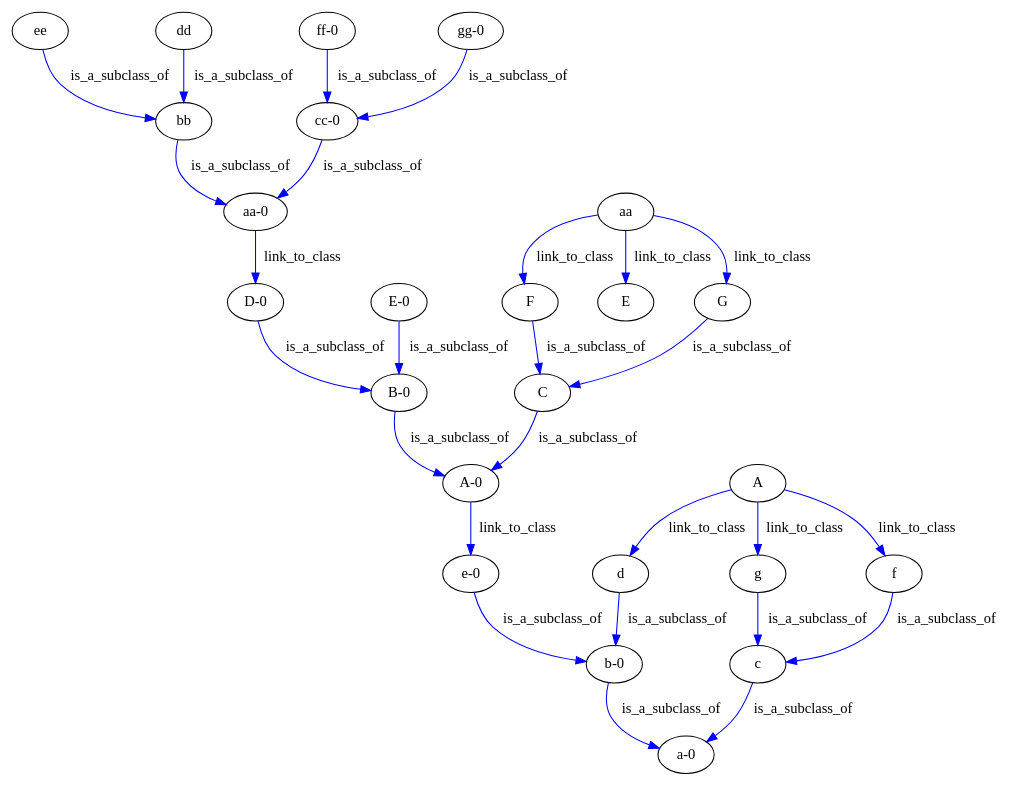
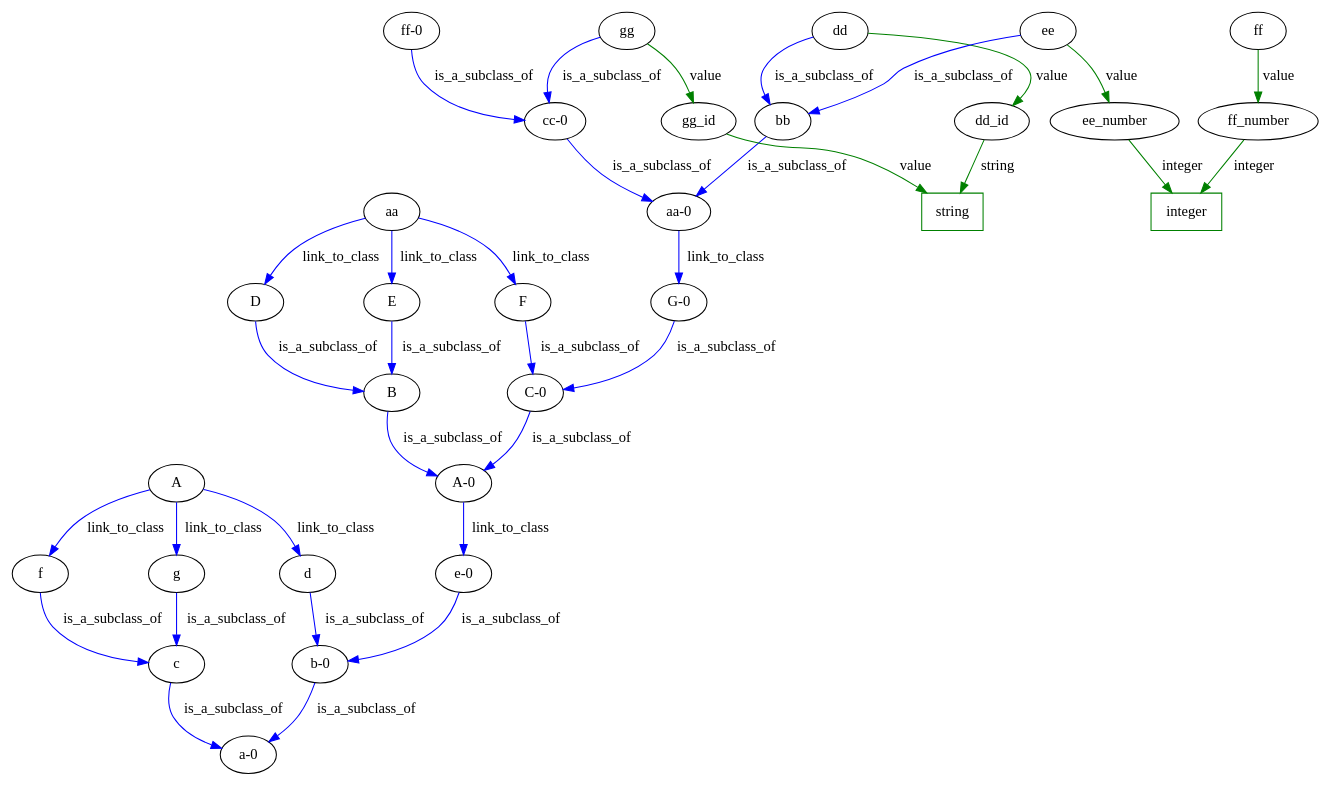
One commit to heinz-preisig/PeriConto changed the diagram in ontologyRepository/Digraph.gv. Above: the diagram before and after it, drawn with Graphviz. The commit also changed 11 other files, not shown here.

```diff
--- a/ontologyRepository/Digraph.gv
+++ b/ontologyRepository/Digraph.gv
@@ -1,80 +1,104 @@
 digraph {
+	d
+	"b-0"
+	d -> "b-0" [label=is_a_subclass_of color=blue]
+	B
+	"A-0"
+	B -> "A-0" [label=is_a_subclass_of color=blue]
+	"aa-0"
+	"G-0"
+	"aa-0" -> "G-0" [label=link_to_class color=blue]
+	aa
+	D
+	aa -> D [label=link_to_class color=blue]
+	"C-0"
+	"A-0"
+	"C-0" -> "A-0" [label=is_a_subclass_of color=blue]
+	bb
+	"aa-0"
+	bb -> "aa-0" [label=is_a_subclass_of color=blue]
+	"A-0"
+	"e-0"
+	"A-0" -> "e-0" [label=link_to_class color=blue]
+	dd
+	dd_id
+	dd -> dd_id [label=value color=green]
+	f
+	c
+	f -> c [label=is_a_subclass_of color=blue]
+	"b-0"
+	"a-0"
+	"b-0" -> "a-0" [label=is_a_subclass_of color=blue]
+	integer [color=green shape=rectangle]
+	integer
+	ee_number -> integer [label=integer color=green]
+	integer [color=green shape=rectangle]
+	integer
+	ff_number -> integer [label=integer color=green]
+	aa
+	E
+	aa -> E [label=link_to_class color=blue]
+	A
+	d
+	A -> d [label=link_to_class color=blue]
+	g
+	c
+	g -> c [label=is_a_subclass_of color=blue]
+	"ff-0"
+	"cc-0"
+	"ff-0" -> "cc-0" [label=is_a_subclass_of color=blue]
+	string [color=green shape=rectangle]
+	string
+	gg_id -> string [label=value color=green]
+	A
+	g
+	A -> g [label=link_to_class color=blue]
+	"e-0"
+	"b-0"
+	"e-0" -> "b-0" [label=is_a_subclass_of color=blue]
+	F
+	"C-0"
+	F -> "C-0" [label=is_a_subclass_of color=blue]
+	ff
+	ff_number
+	ff -> ff_number [label=value color=green]
+	D
+	B
+	D -> B [label=is_a_subclass_of color=blue]
+	string [color=green shape=rectangle]
+	string
+	dd_id -> string [label=string color=green]
+	"G-0"
+	"C-0"
+	"G-0" -> "C-0" [label=is_a_subclass_of color=blue]
+	c
+	"a-0"
+	c -> "a-0" [label=is_a_subclass_of color=blue]
+	gg
+	gg_id
+	gg -> gg_id [label=value color=green]
+	E
+	B
+	E -> B [label=is_a_subclass_of color=blue]
+	dd
+	bb
+	dd -> bb [label=is_a_subclass_of color=blue]
+	A
+	f
+	A -> f [label=link_to_class color=blue]
 	ee
 	bb
 	ee -> bb [label=is_a_subclass_of color=blue]
-	c
-	"a-0"
-	c -> "a-0" [label=is_a_subclass_of color=blue]
-	"ff-0"
+	gg
 	"cc-0"
-	"ff-0" -> "cc-0" [label=is_a_subclass_of color=blue]
-	aa
-	E
-	aa -> E [label=link_to_class color=blue]
-	F
-	C
-	F -> C [label=is_a_subclass_of color=blue]
-	d
-	"b-0"
-	d -> "b-0" [label=is_a_subclass_of color=blue]
+	gg -> "cc-0" [label=is_a_subclass_of color=blue]
+	"cc-0"
+	"aa-0"
+	"cc-0" -> "aa-0" [label=is_a_subclass_of color=blue]
+	ee
+	ee_number
+	ee -> ee_number [label=value color=green]
 	aa
 	F
 	aa -> F [label=link_to_class color=blue]
-	"e-0"
-	"b-0"
-	"e-0" -> "b-0" [label=is_a_subclass_of color=blue]
-	dd
-	bb
-	dd -> bb [label=is_a_subclass_of color=blue]
-	"gg-0"
-	"cc-0"
-	"gg-0" -> "cc-0" [label=is_a_subclass_of color=blue]
-	A
-	g
-	A -> g [label=link_to_class color=blue]
-	"E-0"
-	"B-0"
-	"E-0" -> "B-0" [label=is_a_subclass_of color=blue]
-	A
-	f
-	A -> f [label=link_to_class color=blue]
-	"B-0"
-	"A-0"
-	"B-0" -> "A-0" [label=is_a_subclass_of color=blue]
-	G
-	C
-	G -> C [label=is_a_subclass_of color=blue]
-	"D-0"
-	"B-0"
-	"D-0" -> "B-0" [label=is_a_subclass_of color=blue]
-	A
-	d
-	A -> d [label=link_to_class color=blue]
-	"b-0"
-	"a-0"
-	"b-0" -> "a-0" [label=is_a_subclass_of color=blue]
-	aa
-	G
-	aa -> G [label=link_to_class color=blue]
-	"aa-0"
-	"D-0"
-	"aa-0" -> "D-0" [label=link_to_class color=blue]
-	f
-	c
-	f -> c [label=is_a_subclass_of color=blue]
-	"cc-0"
-	"aa-0"
-	"cc-0" -> "aa-0" [label=is_a_subclass_of color=blue]
-	bb
-	"aa-0"
-	bb -> "aa-0" [label=is_a_subclass_of color=blue]
-	g
-	c
-	g -> c [label=is_a_subclass_of color=blue]
-	C
-	"A-0"
-	C -> "A-0" [label=is_a_subclass_of color=blue]
-	"A-0"
-	"e-0"
-	"A-0" -> "e-0" [label=link_to_class color=blue]
 }
```
